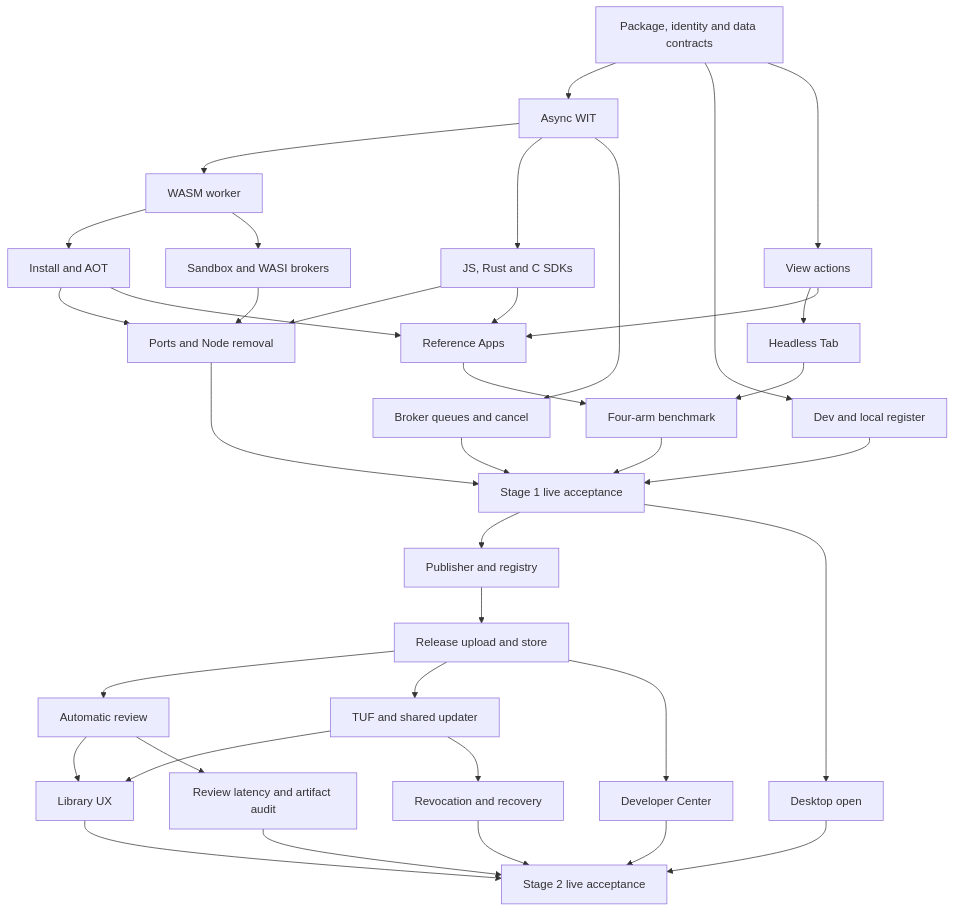
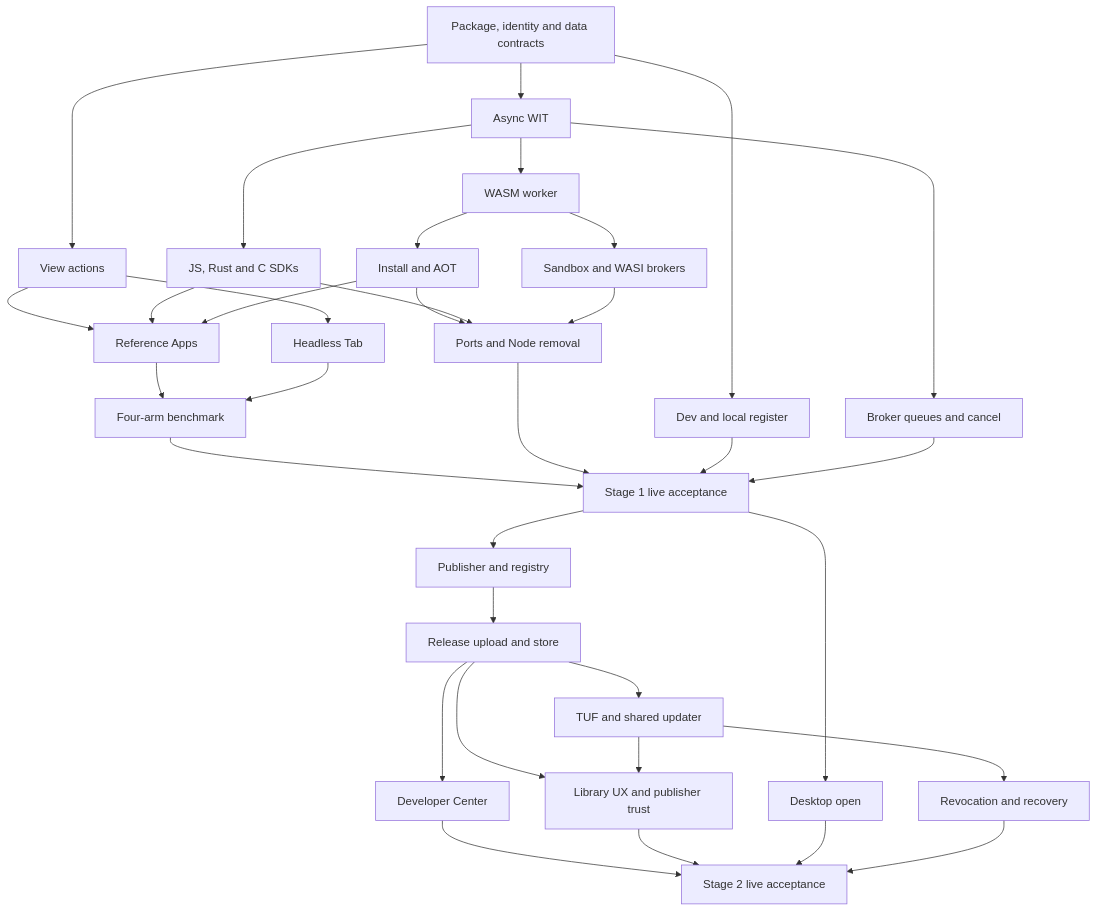
Before and after one commit to charioxai/chariox: the diagram in spikes/wasm/APPS_V2_PLAN.md, drawn with Mermaid. The commit also changed other lines of this file and 2 other files, not shown here.

````diff
--- a/spikes/wasm/APPS_V2_PLAN.md
+++ b/spikes/wasm/APPS_V2_PLAN.md
@@ -608,39 +646,36 @@
 ```mermaid
 flowchart TD
   R0[Package, identity and data contracts] --> R1[Async WIT]
   R1 --> R3[WASM worker]
   R1 --> SDK[JS, Rust and C SDKs]
   R1 --> R2[Broker queues and cancel]
   R3 --> R4[Install and AOT]
   R3 --> R56[Sandbox and WASI brokers]
   R0 --> D[Dev and local register]
   R0 --> A[View actions]
   A --> H[Headless Tab]
   R4 --> P[Ports and Node removal]
   SDK --> P
   R56 --> P
   A --> X[Reference Apps]
   SDK --> X
   R4 --> X
   X --> B[Four-arm benchmark]
   H --> B
   B --> G1[Stage 1 live acceptance]
   P --> G1
   D --> G1
   R2 --> G1
   G1 --> I1[Publisher and registry]
   I1 --> I2[Release upload and store]
-  I2 --> I3[Automatic review]
   I2 --> I5[TUF and shared updater]
   I2 --> I4[Developer Center]
-  I3 --> I6[Library UX]
+  I2 --> I6[Library UX and publisher trust]
   I5 --> I6
   I5 --> I8[Revocation and recovery]
-  I3 --> I9[Review latency and artifact audit]
   G1 --> I7[Desktop open]
   I4 --> G2[Stage 2 live acceptance]
   I6 --> G2
   I7 --> G2
   I8 --> G2
-  I9 --> G2
 ```
````
